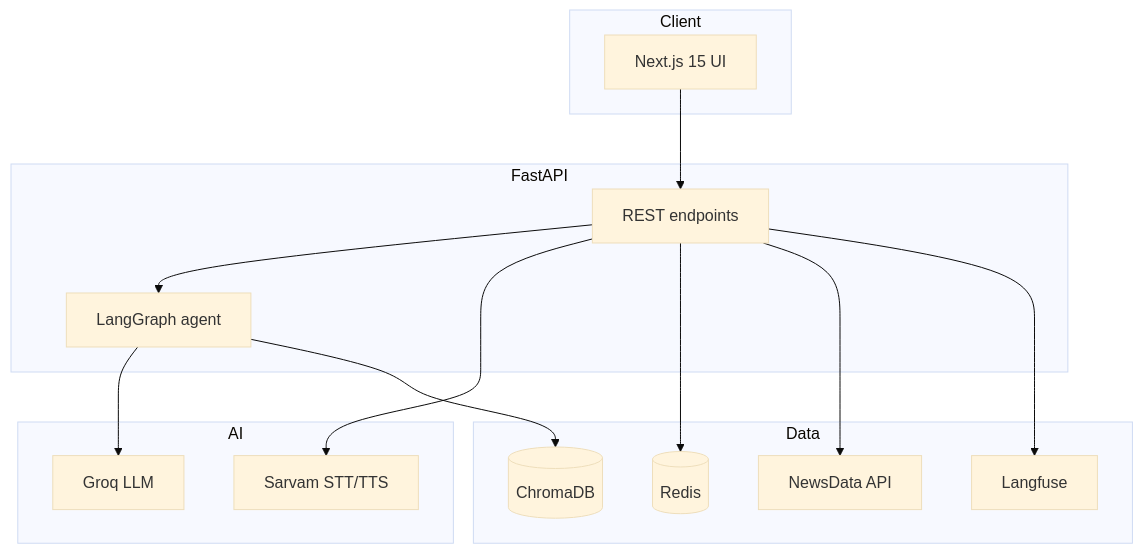
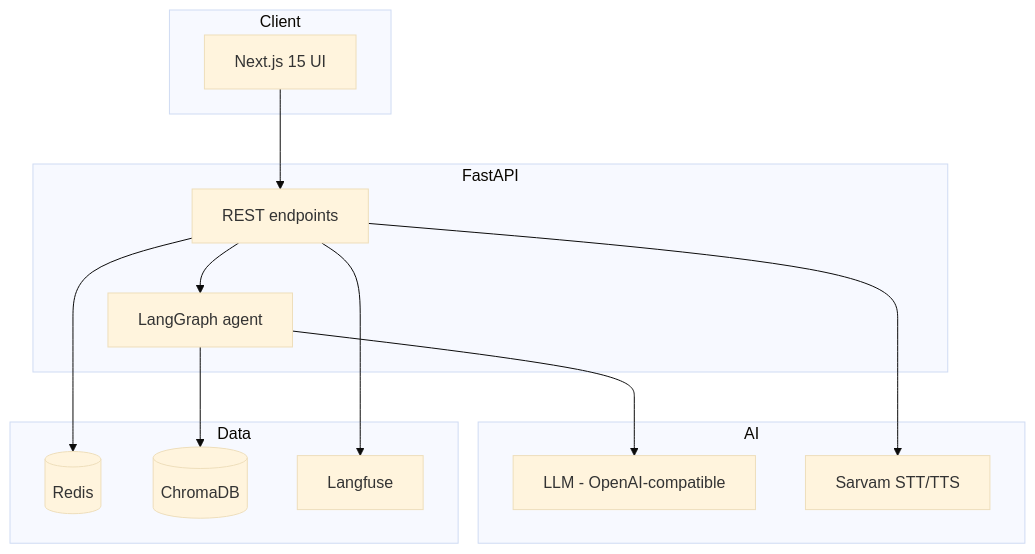
One commit to UTSAVPANCHAL2006/BoardPrep-AI changed the second of 2 diagrams in README.md. Above: the diagram before and after it, drawn with Mermaid (base theme). The commit also changed other lines of this file and 5 other files, not shown here.

````diff
--- a/README.md
+++ b/README.md
@@ -104,32 +137,30 @@
 ```mermaid
 graph TB
     subgraph Client
         UI[Next.js 15 UI]
     end
 
     subgraph API["FastAPI"]
         EP[REST endpoints]
         LG[LangGraph agent]
     end
 
     subgraph AI
-        GROQ[Groq LLM]
+        GROQ[LLM - OpenAI-compatible]
         SARVAM[Sarvam STT/TTS]
     end
 
     subgraph Data
         REDIS[(Redis)]
         CHROMA[(ChromaDB)]
-        NEWS[NewsData API]
         LF[Langfuse]
     end
 
     UI --> EP
     EP --> LG
     LG --> GROQ
     EP --> SARVAM
     LG --> CHROMA
     EP --> REDIS
-    EP --> NEWS
     EP --> LF
 ```
````
